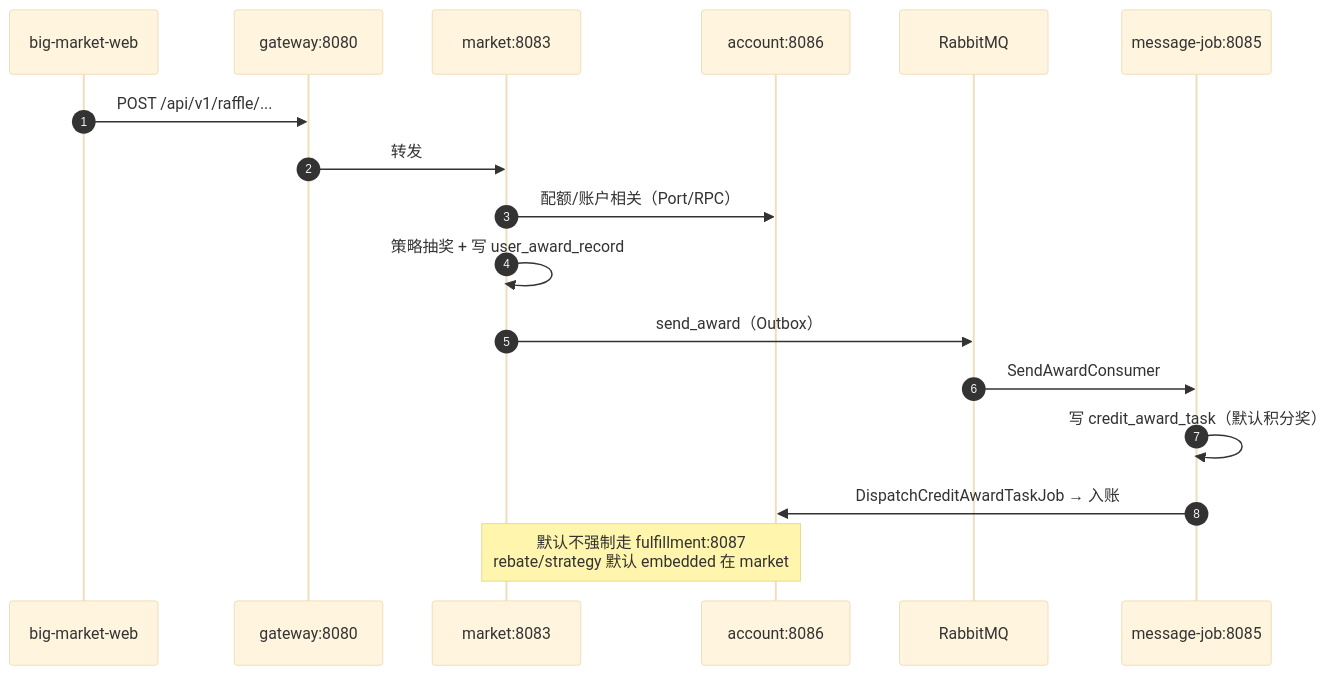
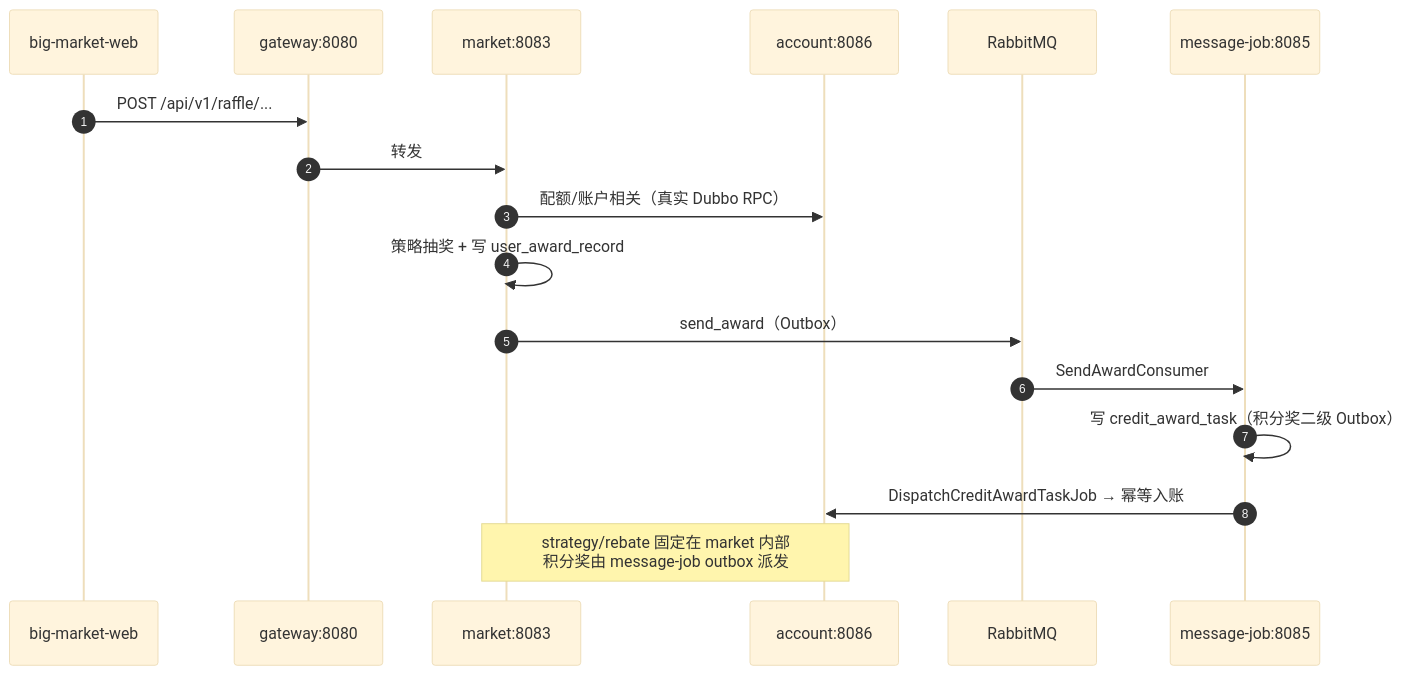
The second of 6 diagrams in Projects/BigMarket/微服务.md (dyxnb22/Note), drawn with Mermaid (base theme) before and after one commit. The commit also changed other lines of this file and 10 other files, not shown here.

````diff
--- a/Projects/BigMarket/微服务.md
+++ b/Projects/BigMarket/微服务.md
@@ -66,20 +63,20 @@
 ```mermaid
 sequenceDiagram
     autonumber
     participant Web as big-market-web
     participant GW as gateway:8080
     participant M as market:8083
     participant Acc as account:8086
     participant MQ as RabbitMQ
     participant MJ as message-job:8085
 
     Web->>GW: POST /api/v1/raffle/...
     GW->>M: 转发
-    M->>Acc: 配额/账户相关（Port/RPC）
+    M->>Acc: 配额/账户相关（真实 Dubbo RPC）
     M->>M: 策略抽奖 + 写 user_award_record
     M->>MQ: send_award（Outbox）
     MQ->>MJ: SendAwardConsumer
-    MJ->>MJ: 写 credit_award_task（默认积分奖）
-    MJ->>Acc: DispatchCreditAwardTaskJob → 入账
-    Note over M,Acc: 默认不强制走 fulfillment:8087<br/>rebate/strategy 默认 embedded 在 market
+    MJ->>MJ: 写 credit_award_task（积分奖二级 Outbox）
+    MJ->>Acc: DispatchCreditAwardTaskJob → 幂等入账
+    Note over M,Acc: strategy/rebate 固定在 market 内部<br/>积分奖由 message-job outbox 派发
 ```
````
